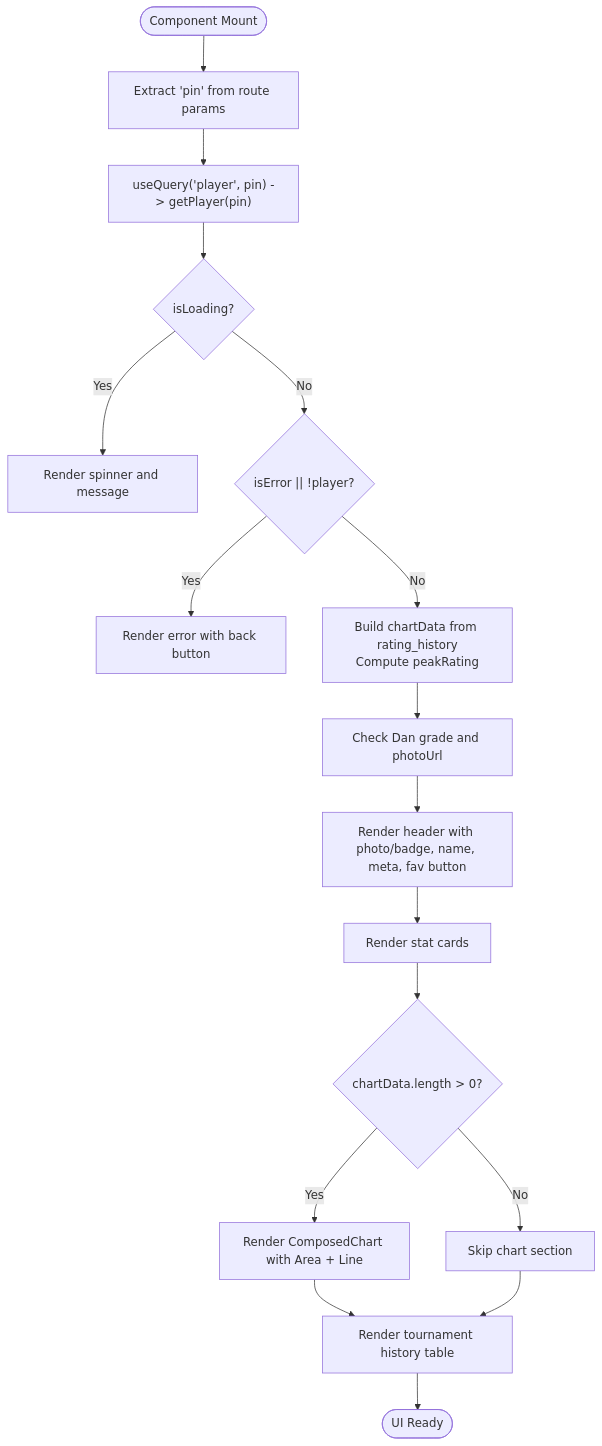
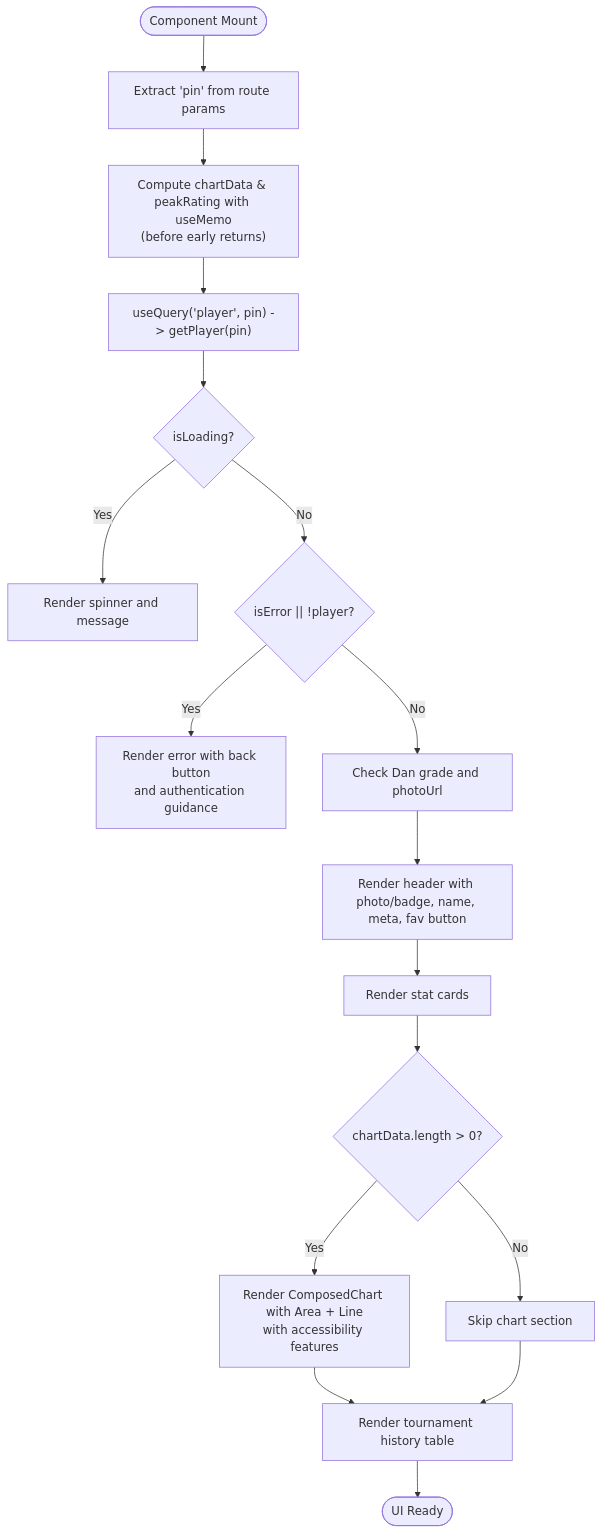
The third of 8 diagrams in .qoder/repowiki/en/content/Frontend Documentation/Page Components/ProfilePage Component.md (Ragnar1999/GoNow), drawn with Mermaid before and after one commit. The commit also changed other lines of this file and 13 other files, not shown here.

````diff
--- a/.qoder/repowiki/en/content/Frontend Documentation/Page Components/ProfilePage Component.md
+++ b/.qoder/repowiki/en/content/Frontend Documentation/Page Components/ProfilePage Component.md
@@ -138,19 +146,19 @@
 ```mermaid
 flowchart TD
 Start(["Component Mount"]) --> GetPin["Extract 'pin' from route params"]
-GetPin --> FetchPlayer["useQuery('player', pin) -> getPlayer(pin)"]
+GetPin --> ComputeMemo["Compute chartData & peakRating with useMemo<br/>(before early returns)"]
+ComputeMemo --> FetchPlayer["useQuery('player', pin) -> getPlayer(pin)"]
 FetchPlayer --> Loading{"isLoading?"}
 Loading --> |Yes| ShowLoading["Render spinner and message"]
 Loading --> |No| CheckError{"isError || !player?"}
-CheckError --> |Yes| ShowError["Render error with back button"]
-CheckError --> |No| BuildChart["Build chartData from rating_history<br/>Compute peakRating"]
-BuildChart --> DetermineGrade["Check Dan grade and photoUrl"]
+CheckError --> |Yes| ShowError["Render error with back button<br/>and authentication guidance"]
+CheckError --> |No| DetermineGrade["Check Dan grade and photoUrl"]
 DetermineGrade --> RenderHeader["Render header with photo/badge, name, meta, fav button"]
 RenderHeader --> RenderStats["Render stat cards"]
 RenderStats --> HasChartData{"chartData.length > 0?"}
-HasChartData --> |Yes| RenderChart["Render ComposedChart with Area + Line"]
+HasChartData --> |Yes| RenderChart["Render ComposedChart with Area + Line<br/>with accessibility features"]
 HasChartData --> |No| SkipChart["Skip chart section"]
 RenderChart --> RenderTable["Render tournament history table"]
 SkipChart --> RenderTable
 RenderTable --> End(["UI Ready"])
 ```
````
